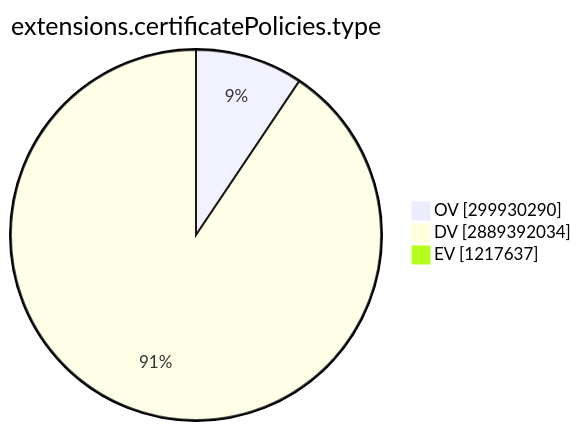
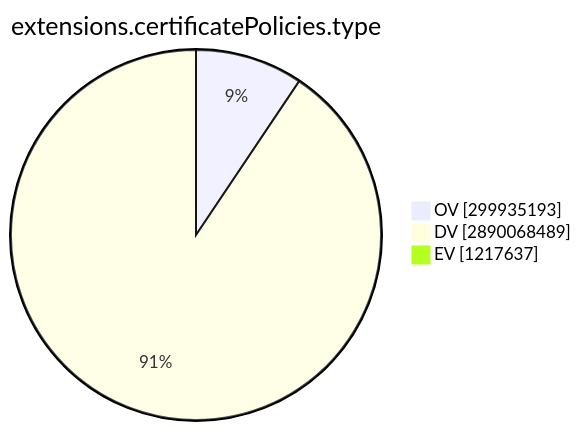
The ninth of 15 diagrams in TOTAL/README.md (christiankrug/ctmonitor_visualization), drawn with Mermaid before and after one commit. The commit also changed other lines of this file, not shown here.

````diff
--- a/TOTAL/README.md
+++ b/TOTAL/README.md
@@ -3101,7 +3101,7 @@
 ```mermaid
 pie showData
 title extensions.certificatePolicies.type
-"OV" :299930290
-"DV" :2889392034
+"OV" :299935193
+"DV" :2890068489
 "EV" :1217637
 ```
````
